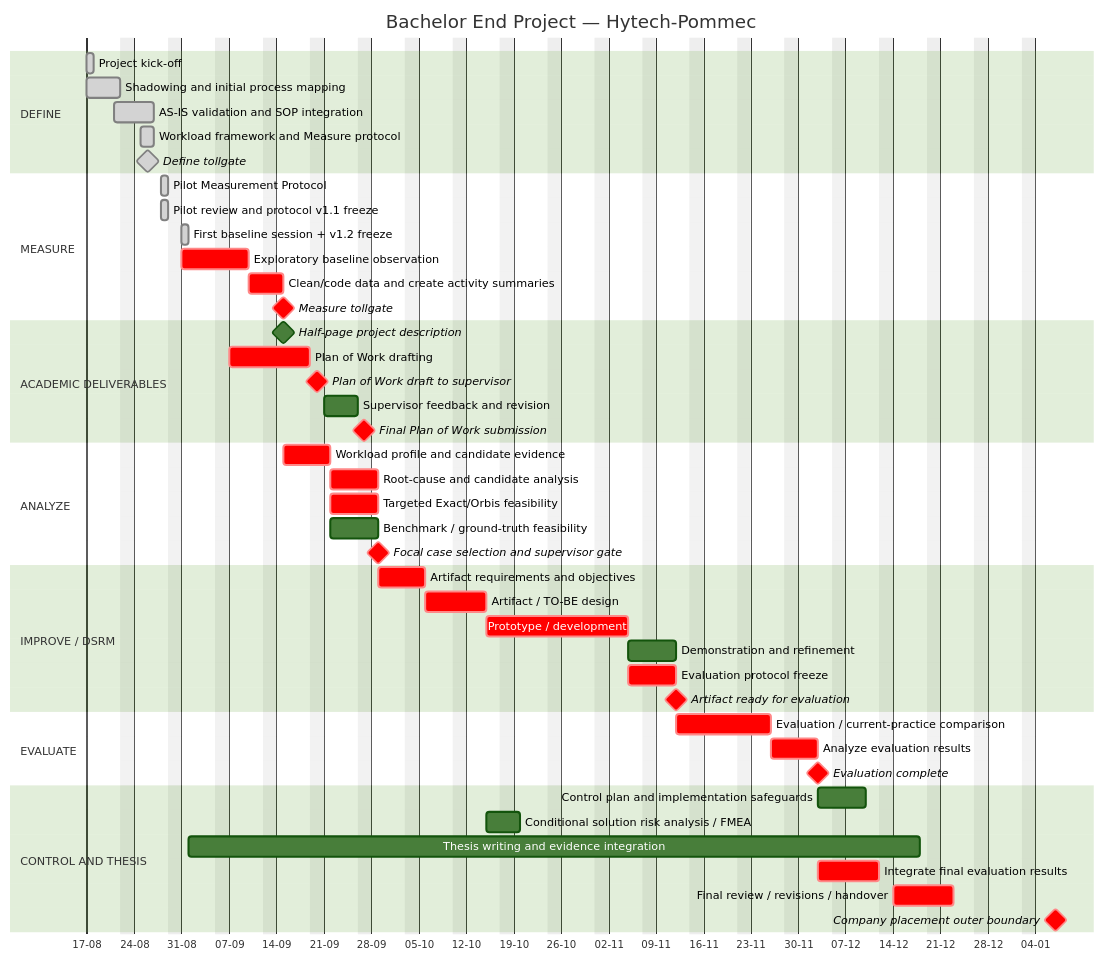
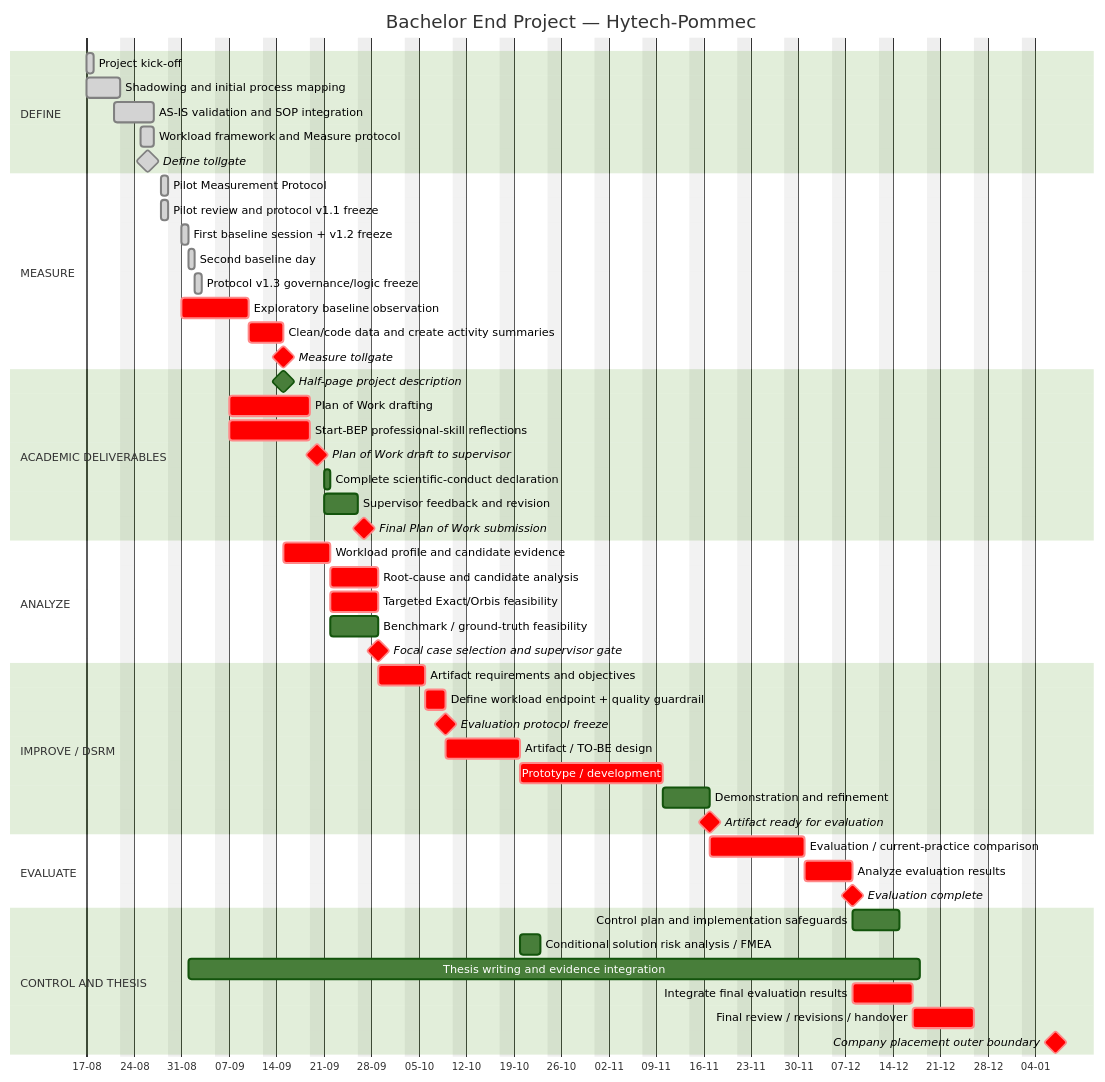
The diagram in docs/Project_Timeline.md (Luuuuuig/Bachelor-End-Project), drawn with Mermaid (forest theme) before and after one commit. The commit also changed other lines of this file and 19 other files, not shown here.

````diff
--- a/docs/Project_Timeline.md
+++ b/docs/Project_Timeline.md
@@ -24,59 +24,64 @@
 ```mermaid
 gantt
     title Bachelor End Project — Hytech-Pommec
     dateFormat  YYYY-MM-DD
     axisFormat  %d-%m
     tickInterval 1week
     weekday monday
     excludes    weekends
 
     section DEFINE
     Project kick-off                         :done, d1, 2026-08-17, 1d
     Shadowing and initial process mapping    :done, d2, 2026-08-17, 5d
     AS-IS validation and SOP integration     :done, d3, 2026-08-21, 4d
     Workload framework and Measure protocol  :done, d4, 2026-08-25, 2d
     Define tollgate                          :milestone, done, dm, 2026-08-26, 0d
 
     section MEASURE
     Pilot Measurement Protocol               :done, m1, 2026-08-28, 1d
     Pilot review and protocol v1.1 freeze    :done, m2, 2026-08-28, 1d
     First baseline session + v1.2 freeze       :done, m2b, 2026-08-31, 1d
+    Second baseline day                         :done, m2c, 2026-09-01, 1d
+    Protocol v1.3 governance/logic freeze       :done, m2d, 2026-09-02, 1d
     Exploratory baseline observation         :crit, m3, 2026-08-31, 8d
     Clean/code data and create activity summaries:crit, m4, after m3, 3d
     Measure tollgate                         :milestone, crit, mm, after m4, 0d
 
     section ACADEMIC DELIVERABLES
     Half-page project description            :milestone, ad1, 2026-09-15, 0d
     Plan of Work drafting                    :crit, ad2, 2026-09-07, 10d
+    Start-BEP professional-skill reflections :crit, ad2b, 2026-09-07, 10d
     Plan of Work draft to supervisor         :milestone, crit, ad3, 2026-09-20, 0d
+    Complete scientific-conduct declaration  :ad3b, 2026-09-21, 1d
     Supervisor feedback and revision         :ad4, 2026-09-21, 5d
     Final Plan of Work submission            :milestone, crit, ad5, 2026-09-27, 0d
 
     section ANALYZE
     Workload profile and candidate evidence  :crit, a1, after m4, 5d
     Root-cause and candidate analysis        :crit, a2, after a1, 5d
     Targeted Exact/Orbis feasibility         :crit, a3, after a1, 5d
     Benchmark / ground-truth feasibility     :a4, after a1, 5d
     Focal case selection and supervisor gate :milestone, crit, a5, after a2 a3 a4, 0d
 
     section IMPROVE / DSRM
     Artifact requirements and objectives     :crit, i1, after a5, 5d
-    Artifact / TO-BE design                  :crit, i2, after i1, 7d
+    Define workload endpoint + quality guardrail:crit, i1b, after i1, 3d
+    Evaluation protocol freeze               :milestone, crit, i1c, after i1b, 0d
+    Artifact / TO-BE design                  :crit, i2, after i1c, 7d
     Prototype / development                  :crit, i3, after i2, 15d
     Demonstration and refinement             :i4, after i3, 5d
-    Evaluation protocol freeze               :crit, i5, after i3, 5d
-    Artifact ready for evaluation            :milestone, crit, i6, after i4 i5, 0d
+    Artifact ready for evaluation            :milestone, crit, i6, after i4, 0d
 
     section EVALUATE
     Evaluation / current-practice comparison :crit, e1, after i6, 10d
     Analyze evaluation results               :crit, e2, after e1, 5d
     Evaluation complete                      :milestone, crit, e3, after e2, 0d
 
     section CONTROL AND THESIS
     Control plan and implementation safeguards:c1, after e2, 5d
     Conditional solution risk analysis / FMEA:c2, after i2, 3d
     Thesis writing and evidence integration  :t1, 2026-09-01, 2026-12-18
     Integrate final evaluation results        :crit, t2, after e2, 7d
     Final review / revisions / handover       :crit, t3, after t2, 7d
     Company placement outer boundary          :milestone, crit, t4, 2027-01-07, 0d
 ```
````
